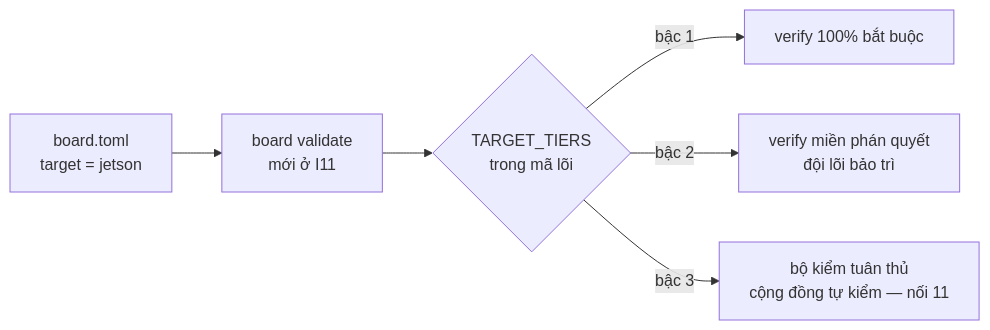
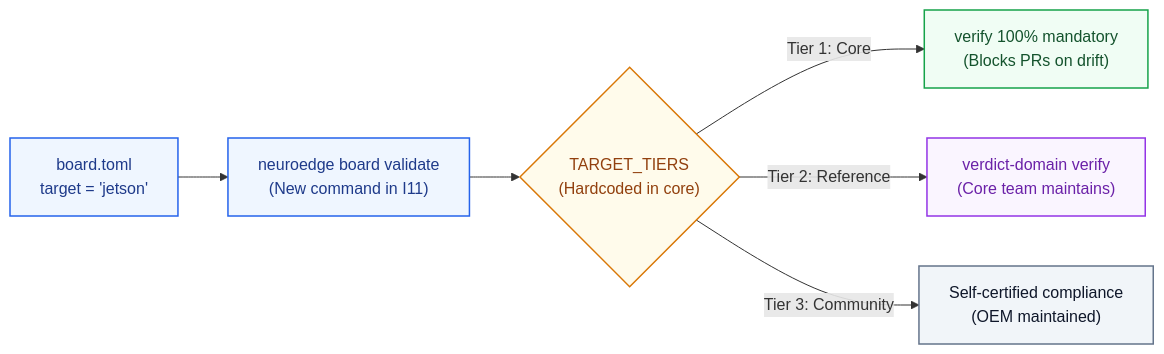
Before and after one commit to letrongminh/neuroedge-init: the third of 5 diagrams in docs/architecture/vi/13-evolution-i0-i18.md, drawn with Mermaid. The commit also changed other lines of this file and 35 other files, not shown here.

First line of the commit message:
docs(architecture): comprehensive upgrade of architecture suite, Mermaid diagrams and vector posters

````diff
--- a/docs/architecture/vi/13-evolution-i0-i18.md
+++ b/docs/architecture/vi/13-evolution-i0-i18.md
@@ -73,8 +124,14 @@
 ```mermaid
 flowchart LR
-    BT[board.toml<br/>target = jetson] --> BV[board validate<br/>mới ở I11]
-    BV --> TT{TARGET_TIERS<br/>trong mã lõi}
-    TT -->|bậc 1| V1[verify 100% bắt buộc]
-    TT -->|bậc 2| V2[verify miền phán quyết<br/>đội lõi bảo trì]
-    TT -->|bậc 3| V3[bộ kiểm tuân thủ<br/>cộng đồng tự kiểm — nối 11]
+    classDef step fill:#eff6ff,stroke:#2563eb,color:#1e3a8a,stroke-width:1.5px;
+    classDef tier fill:#fffbeb,stroke:#d97706,color:#92400e,stroke-width:1.5px;
+    classDef v1 fill:#f0fdf4,stroke:#16a34a,color:#14532d,stroke-width:1.5px;
+    classDef v2 fill:#faf5ff,stroke:#9334e6,color:#6b21a8,stroke-width:1.5px;
+    classDef v3 fill:#f1f5f9,stroke:#64748b,color:#0f172a,stroke-width:1.5px;
+
+    BT["board.toml<br/>target = 'jetson'"]:::step --> BV["neuroedge board validate<br/>(New command in I11)"]:::step
+    BV --> TT{"TARGET_TIERS<br/>(Hardcoded in core)"}:::tier
+    TT -->|Tier 1: Core| V1["verify 100% mandatory<br/>(Blocks PRs on drift)"]:::v1
+    TT -->|Tier 2: Reference| V2["verdict-domain verify<br/>(Core team maintains)"]:::v2
+    TT -->|Tier 3: Community| V3["Self-certified compliance<br/>(OEM maintained)"]:::v3
 ```
````
